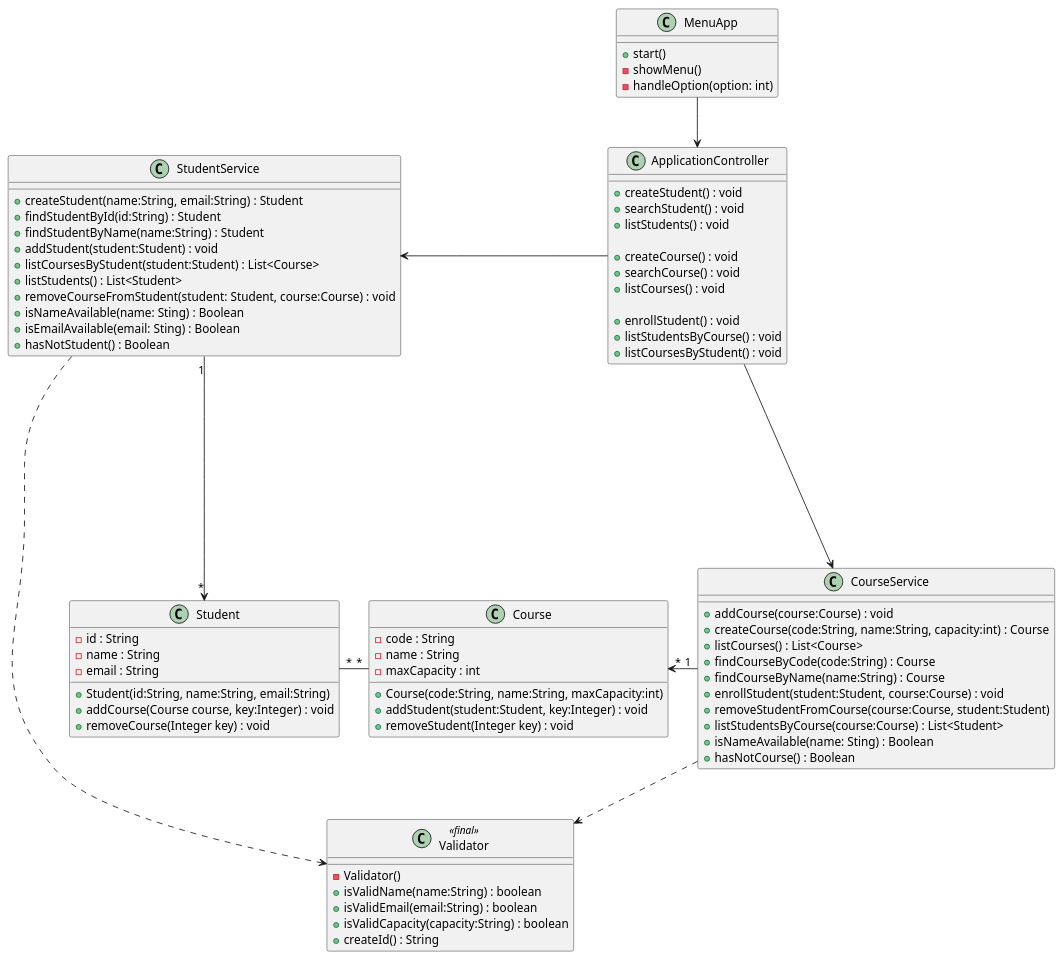
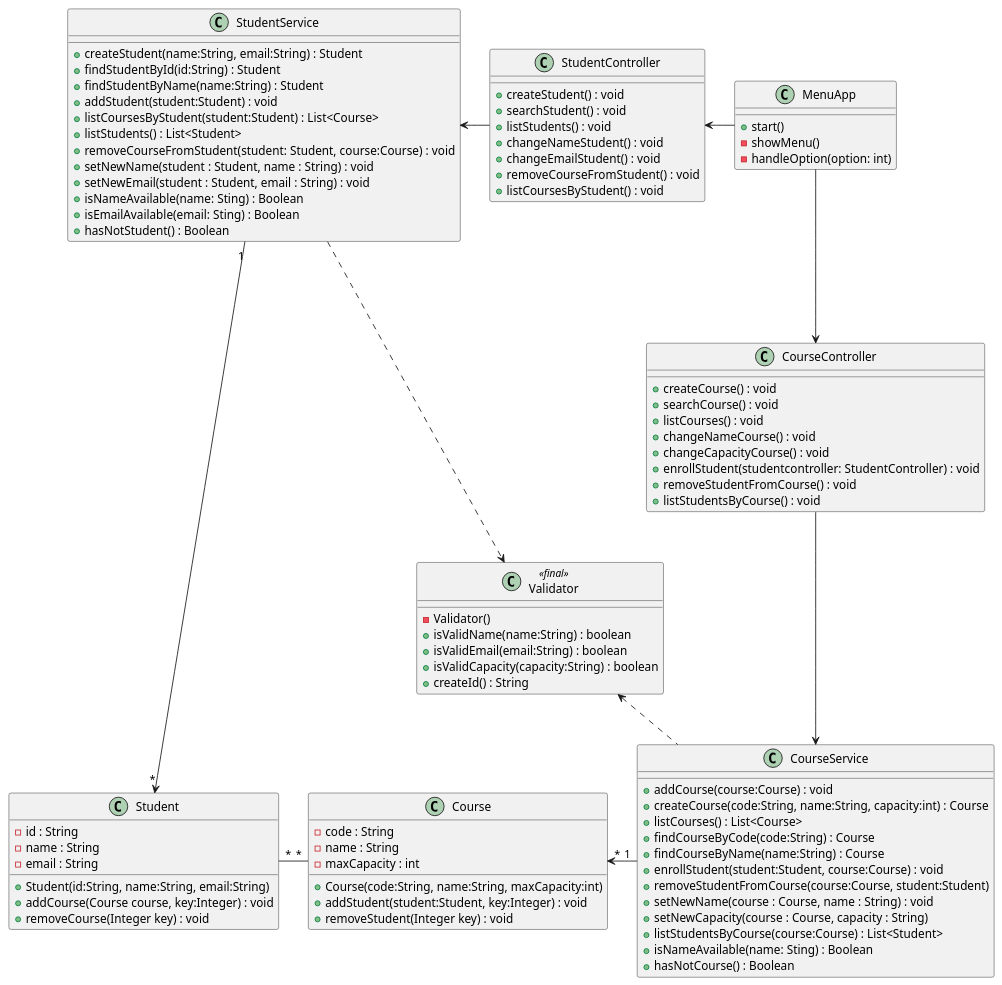
The diagram in uml.plantuml (Roman27-gg/PoyectoFinal_Modulo3), drawn with PlantUML before and after one commit. The commit also changed 10 other files, not shown here.

```diff
--- a/uml.plantuml
+++ b/uml.plantuml
@@ -1,84 +1,97 @@
 @startuml UML
 class Course {
   - code : String
   - name : String
   - maxCapacity : int
   + Course(code:String, name:String, maxCapacity:int)
   + addStudent(student:Student, key:Integer) : void
   + removeStudent(Integer key) : void
 }
 
 class Student {
   - id : String
   - name : String
   - email : String
   + Student(id:String, name:String, email:String)
   + addCourse(Course course, key:Integer) : void
   + removeCourse(Integer key) : void
 }
 
 class CourseService {
   + addCourse(course:Course) : void
   + createCourse(code:String, name:String, capacity:int) : Course
   + listCourses() : List<Course>
   + findCourseByCode(code:String) : Course
   + findCourseByName(name:String) : Course
   + enrollStudent(student:Student, course:Course) : void
   + removeStudentFromCourse(course:Course, student:Student)
+  + setNewName(course : Course, name : String) : void
+  + setNewCapacity(course : Course, capacity : String)
   + listStudentsByCourse(course:Course) : List<Student>
   + isNameAvailable(name: Sting) : Boolean
   + hasNotCourse() : Boolean
 }
 
 class StudentService {
   + createStudent(name:String, email:String) : Student
   + findStudentById(id:String) : Student
   + findStudentByName(name:String) : Student
   + addStudent(student:Student) : void
   + listCoursesByStudent(student:Student) : List<Course>
   + listStudents() : List<Student>
   + removeCourseFromStudent(student: Student, course:Course) : void
+  + setNewName(student : Student, name : String) : void
+  + setNewEmail(student : Student, email : String) : void
   + isNameAvailable(name: Sting) : Boolean
   + isEmailAvailable(email: Sting) : Boolean
   + hasNotStudent() : Boolean
 }
 
 class Validator <<final>> {
   - Validator()
   + isValidName(name:String) : boolean
   + isValidEmail(email:String) : boolean
   + isValidCapacity(capacity:String) : boolean
   + createId() : String
 }
 
-class ApplicationController {
+class CourseController {
+  + createCourse() : void
+  + searchCourse() : void
+  + listCourses() : void
+  + changeNameCourse() : void
+  + changeCapacityCourse() : void
+  + enrollStudent(studentcontroller: StudentController) : void
+  + removeStudentFromCourse() : void
+  + listStudentsByCourse() : void
+}
+
+class StudentController {
   + createStudent() : void
   + searchStudent() : void
   + listStudents() : void
-
-  + createCourse() : void
-  + searchCourse() : void
-  + listCourses() : void
-
-  + enrollStudent() : void
-  + listStudentsByCourse() : void
+  + changeNameStudent() : void
+  + changeEmailStudent() : void
+  + removeCourseFromStudent() : void
   + listCoursesByStudent() : void
 }
 
 class MenuApp {
     +start()
     -showMenu()
     -handleOption(option: int)
 }
 
 
 
 Course "*" --left-- "*" Student
 CourseService "1" --left--> "*" Course
 StudentService "1" --down---> "*" Student
-ApplicationController -left-> StudentService
-ApplicationController -down-> CourseService
-MenuApp --> ApplicationController
-CourseService ..> Validator
+CourseController -down-> CourseService
+StudentController -left-> StudentService
+MenuApp -right-> CourseController
+MenuApp -left-> StudentController
+CourseService .up.> Validator
 StudentService ..> Validator
+
 @enduml
```
